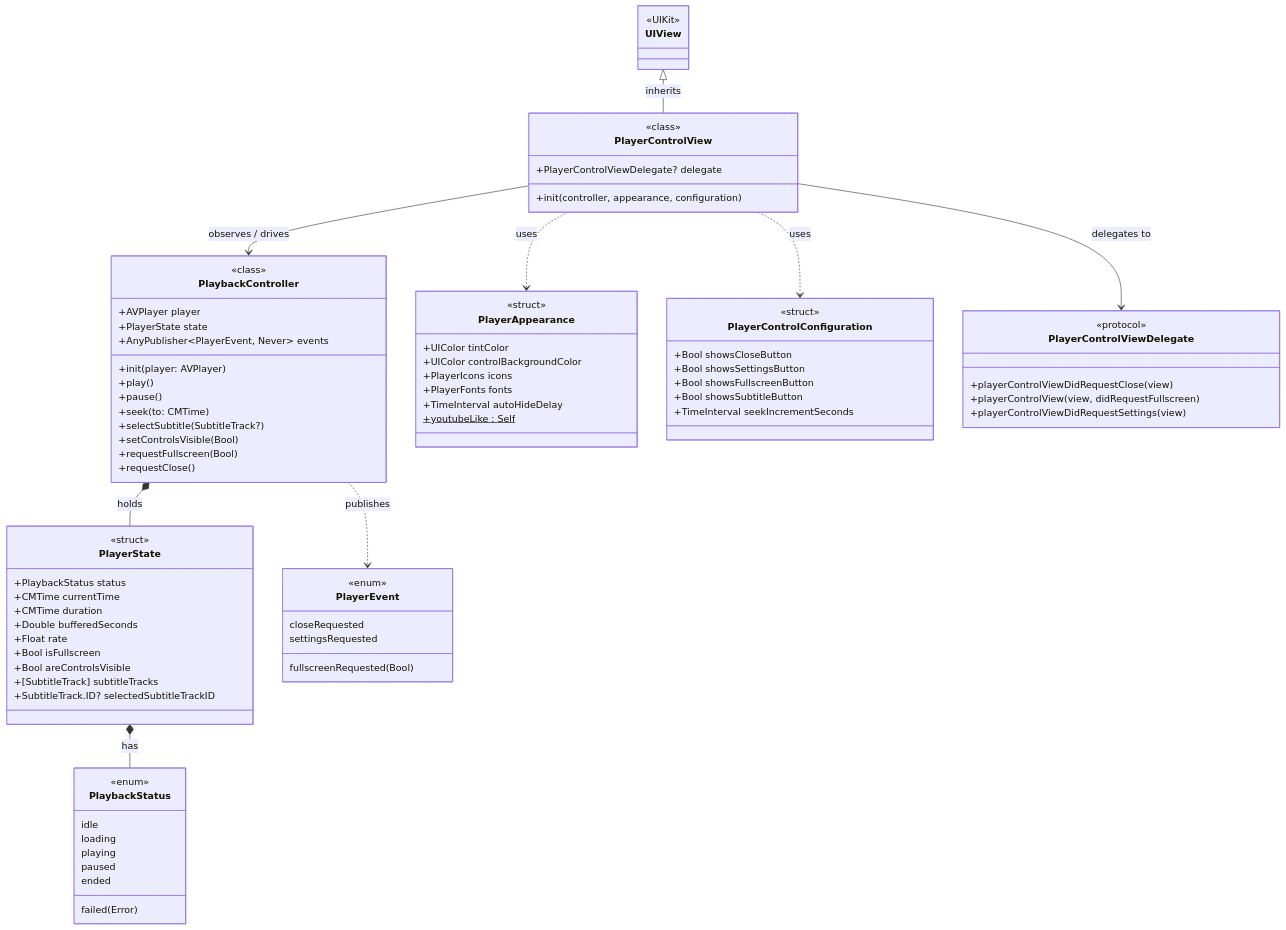
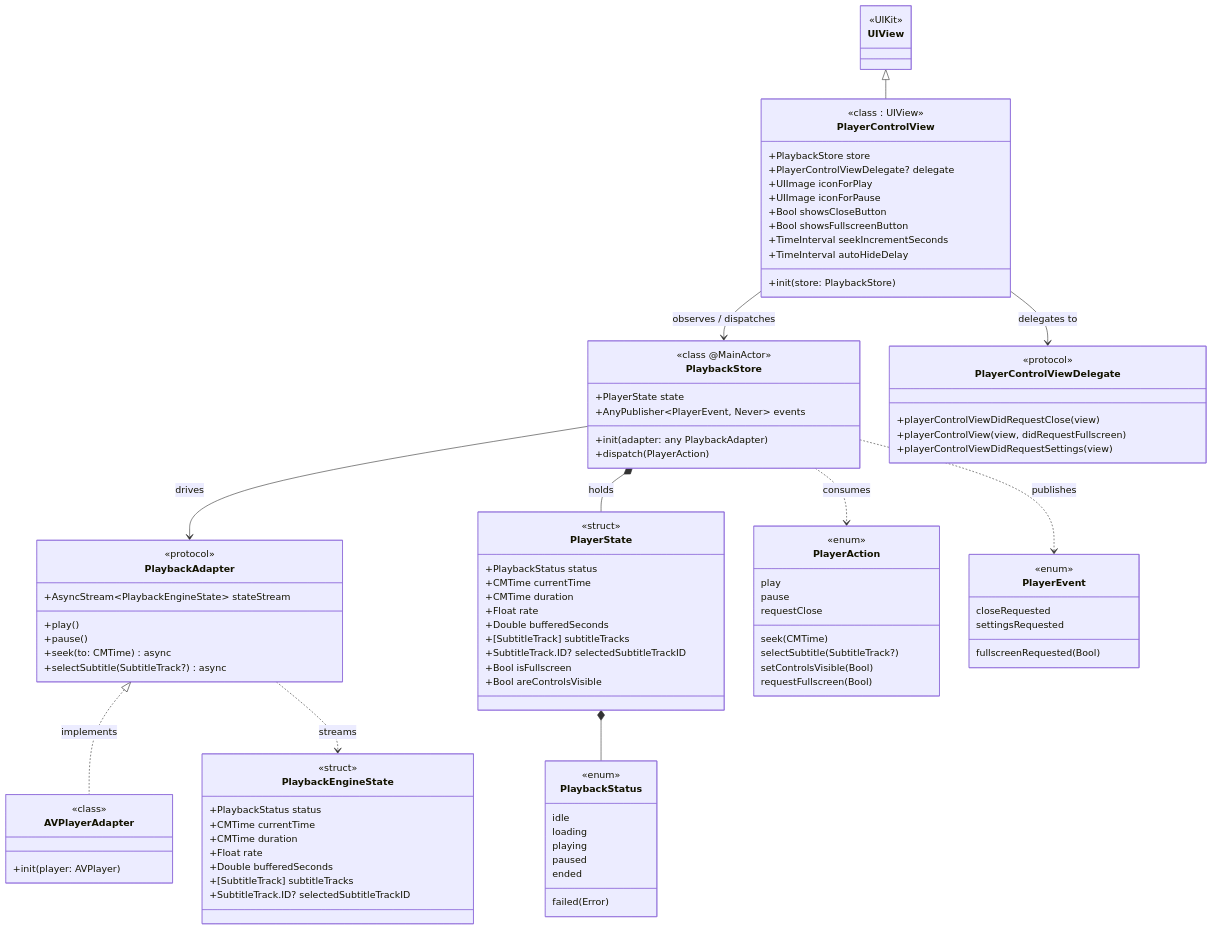
Before and after one commit to FujimoriGit/AVPlayerControlUI: the third of 5 diagrams in DESIGN.md, drawn with Mermaid. The commit also changed other lines of this file, not shown here.

First line of the commit message:
Refactor design to Store + Adapter architecture

````diff
--- a/DESIGN.md
+++ b/DESIGN.md
@@ -70,19 +104,26 @@
 classDiagram
     direction TB
 
-    class PlaybackController {
-        <<class>>
-        +AVPlayer player
+    class PlaybackStore {
+        <<class @MainActor>>
         +PlayerState state
         +AnyPublisher~PlayerEvent, Never~ events
-        +init(player: AVPlayer)
+        +init(adapter: any PlaybackAdapter)
+        +dispatch(PlayerAction)
+    }
+
+    class PlaybackAdapter {
+        <<protocol>>
+        +AsyncStream~PlaybackEngineState~ stateStream
         +play()
         +pause()
-        +seek(to: CMTime)
-        +selectSubtitle(SubtitleTrack?)
-        +setControlsVisible(Bool)
-        +requestFullscreen(Bool)
-        +requestClose()
+        +seek(to: CMTime) async
+        +selectSubtitle(SubtitleTrack?) async
+    }
+
+    class AVPlayerAdapter {
+        <<class>>
+        +init(player: AVPlayer)
     }
 
     class PlayerState {
@@ -90,10 +131,21 @@
         +PlaybackStatus status
         +CMTime currentTime
         +CMTime duration
+        +Float rate
         +Double bufferedSeconds
-        +Float rate
+        +[SubtitleTrack] subtitleTracks
+        +SubtitleTrack.ID? selectedSubtitleTrackID
         +Bool isFullscreen
         +Bool areControlsVisible
+    }
+
+    class PlaybackEngineState {
+        <<struct>>
+        +PlaybackStatus status
+        +CMTime currentTime
+        +CMTime duration
+        +Float rate
+        +Double bufferedSeconds
         +[SubtitleTrack] subtitleTracks
         +SubtitleTrack.ID? selectedSubtitleTrackID
     }
@@ -108,6 +160,17 @@
         failed(Error)
     }
 
+    class PlayerAction {
+        <<enum>>
+        play
+        pause
+        seek(CMTime)
+        selectSubtitle(SubtitleTrack?)
+        setControlsVisible(Bool)
+        requestFullscreen(Bool)
+        requestClose
+    }
+
     class PlayerEvent {
         <<enum>>
         closeRequested
@@ -115,29 +178,17 @@
         settingsRequested
     }
 
-    class PlayerAppearance {
-        <<struct>>
-        +UIColor tintColor
-        +UIColor controlBackgroundColor
-        +PlayerIcons icons
-        +PlayerFonts fonts
+    class PlayerControlView {
+        <<class : UIView>>
+        +PlaybackStore store
+        +PlayerControlViewDelegate? delegate
+        +UIImage iconForPlay
+        +UIImage iconForPause
+        +Bool showsCloseButton
+        +Bool showsFullscreenButton
+        +TimeInterval seekIncrementSeconds
         +TimeInterval autoHideDelay
-        +youtubeLike : Self$
-    }
-
-    class PlayerControlConfiguration {
-        <<struct>>
-        +Bool showsCloseButton
-        +Bool showsSettingsButton
-        +Bool showsFullscreenButton
-        +Bool showsSubtitleButton
-        +TimeInterval seekIncrementSeconds
-    }
-
-    class PlayerControlView {
-        <<class>>
-        +PlayerControlViewDelegate? delegate
-        +init(controller, appearance, configuration)
+        +init(store: PlaybackStore)
     }
 
     class PlayerControlViewDelegate {
@@ -147,16 +198,16 @@
         +playerControlViewDidRequestSettings(view)
     }
 
-    class UIView {
-        <<UIKit>>
-    }
+    class UIView { <<UIKit>> }
 
-    UIView <|-- PlayerControlView : inherits
-    PlaybackController *-- PlayerState : holds
-    PlaybackController ..> PlayerEvent : publishes
-    PlayerState *-- PlaybackStatus : has
-    PlayerControlView --> PlaybackController : observes / drives
-    PlayerControlView ..> PlayerAppearance : uses
-    PlayerControlView ..> PlayerControlConfiguration : uses
+    PlaybackAdapter <|.. AVPlayerAdapter : implements
+    PlaybackStore --> PlaybackAdapter : drives
+    PlaybackStore *-- PlayerState : holds
+    PlaybackStore ..> PlayerAction : consumes
+    PlaybackStore ..> PlayerEvent : publishes
+    PlayerState *-- PlaybackStatus
+    PlaybackAdapter ..> PlaybackEngineState : streams
+    UIView <|-- PlayerControlView
+    PlayerControlView --> PlaybackStore : observes / dispatches
     PlayerControlView --> PlayerControlViewDelegate : delegates to
 ```
````
